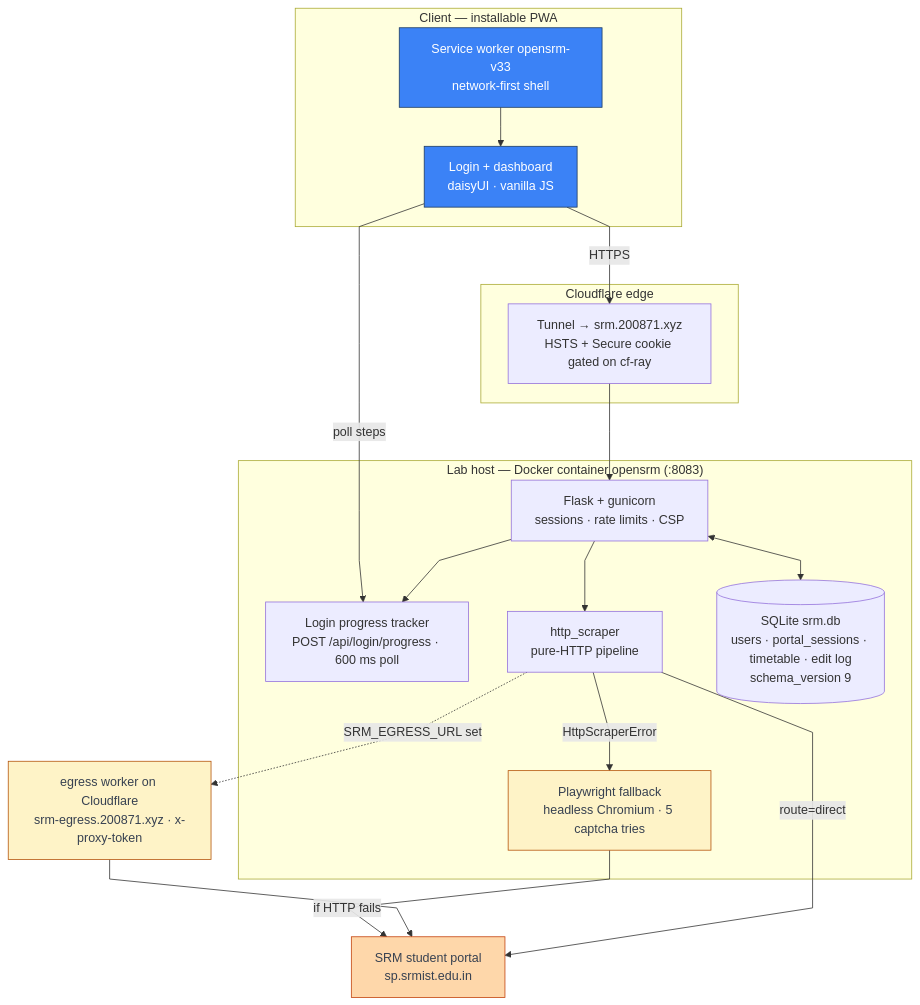
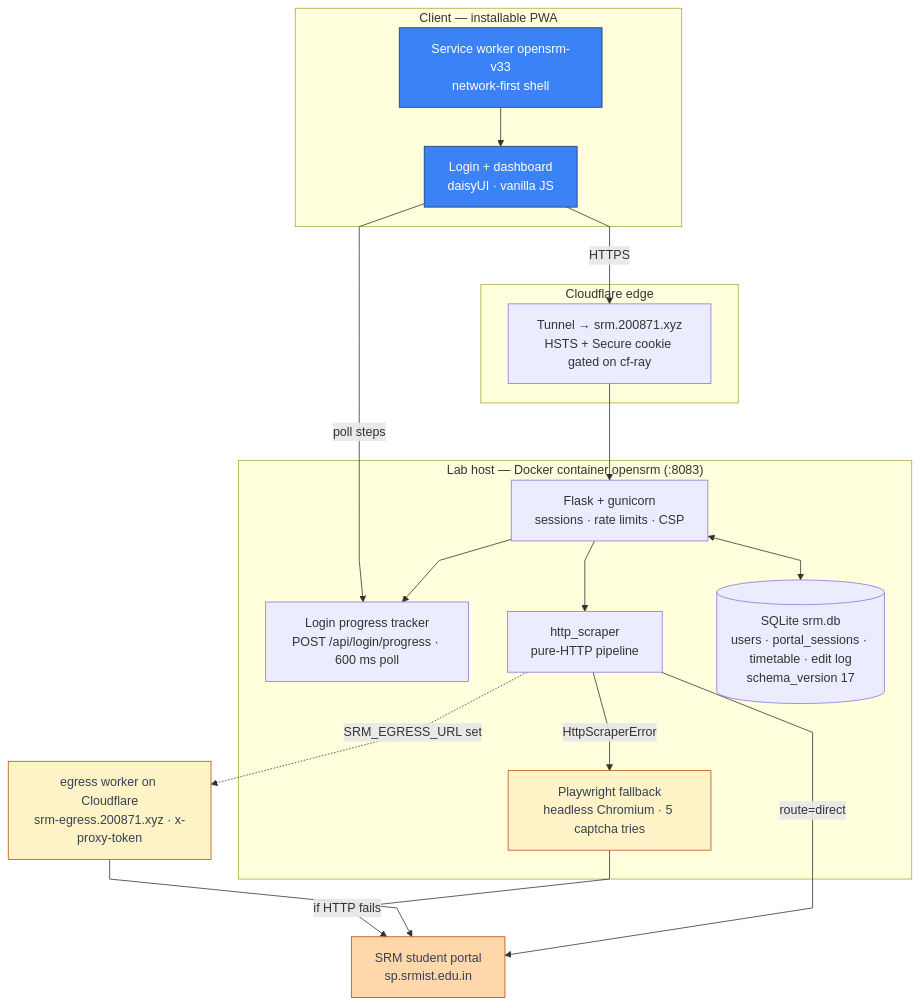
The first of 3 diagrams in README.md (thenabbu/OpenSRM), drawn with Mermaid before and after one commit. The commit also changed other lines of this file and 7 other files, not shown here.

````diff
--- a/README.md
+++ b/README.md
@@ -70,43 +70,43 @@
 ```mermaid
 %%{init: {"flowchart": {"curve": "linear"}}}%%
 flowchart TD
     subgraph client["Client — installable PWA"]
         UI["Login + dashboard<br/>daisyUI · vanilla JS"]
         SW["Service worker opensrm-v33<br/>network-first shell"]
     end
 
     subgraph edge["Cloudflare edge"]
         TUN["Tunnel → srm.200871.xyz<br/>HSTS + Secure cookie gated on cf-ray"]
     end
 
     subgraph lab["Lab host — Docker container opensrm (:8083)"]
         FL["Flask + gunicorn<br/>sessions · rate limits · CSP"]
         PROG["Login progress tracker<br/>POST /api/login/progress · 600 ms poll"]
         HS["http_scraper<br/>pure-HTTP pipeline"]
         PW["Playwright fallback<br/>headless Chromium · 5 captcha tries"]
-        DB[("SQLite srm.db<br/>users · portal_sessions · timetable · edit log<br/>schema_version 9")]
+        DB[("SQLite srm.db<br/>users · portal_sessions · timetable · edit log<br/>schema_version 17")]
         FL --> PROG
         FL <--> DB
         FL --> HS
         HS -->|"HttpScraperError"| PW
     end
 
     EG["egress worker on Cloudflare<br/>srm-egress.200871.xyz · x-proxy-token"]
     P["SRM student portal<br/>sp.srmist.edu.in"]
 
     UI -->|"HTTPS"| TUN
     TUN --> FL
     SW --> UI
     UI -->|"poll steps"| PROG
     HS -->|"route=direct"| P
     HS -.->|"SRM_EGRESS_URL set"| EG
     EG --> P
     PW -->|"if HTTP fails"| P
 
     classDef client fill:#3b82f6,stroke:#1e3a5f,color:#ffffff
     classDef conditional fill:#fef3c7,stroke:#b45309,color:#374151
     classDef external fill:#fed7aa,stroke:#c2410c,color:#374151
     class UI,SW client
     class PW,EG conditional
     class P external
 ```
````
